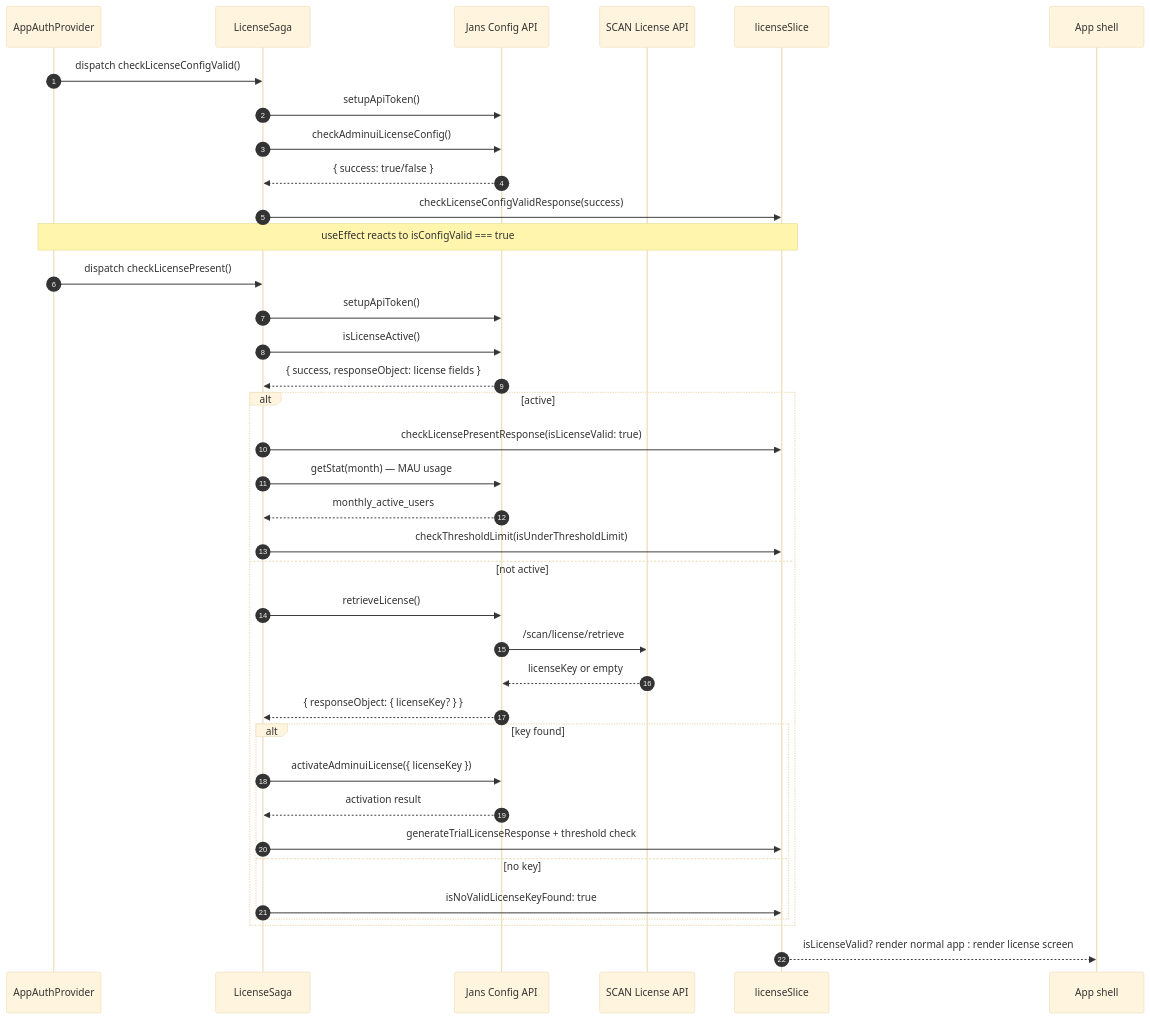
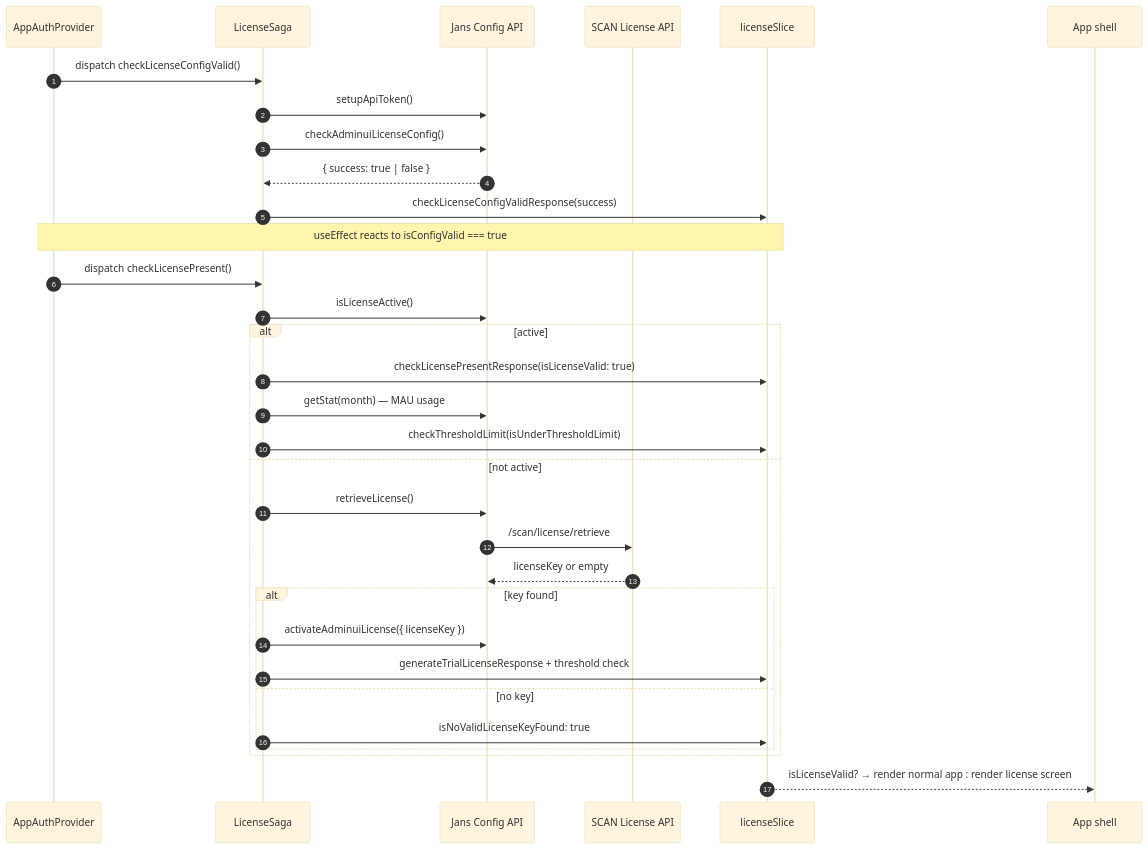
The third of 3 diagrams in admin-ui/docs/auth.md (GluuFederation/flex), drawn with Mermaid (base theme) before and after one commit. The commit also changed other lines of this file and 10 other files, not shown here.

````diff
--- a/admin-ui/docs/auth.md
+++ b/admin-ui/docs/auth.md
@@ -129,44 +121,38 @@
 ```mermaid
 sequenceDiagram
     autonumber
     participant Provider as AppAuthProvider
     participant Saga as LicenseSaga
     participant API as Jans Config API
     participant SCAN as SCAN License API
     participant Slice as licenseSlice
     participant UI as App shell
 
     Provider->>Saga: dispatch checkLicenseConfigValid()
     Saga->>API: setupApiToken()
     Saga->>API: checkAdminuiLicenseConfig()
-    API-->>Saga: { success: true/false }
+    API-->>Saga: { success: true | false }
     Saga->>Slice: checkLicenseConfigValidResponse(success)
 
     Note over Provider,Slice: useEffect reacts to isConfigValid === true
 
     Provider->>Saga: dispatch checkLicensePresent()
-    Saga->>API: setupApiToken()
     Saga->>API: isLicenseActive()
-    API-->>Saga: { success, responseObject: license fields }
-
     alt active
         Saga->>Slice: checkLicensePresentResponse(isLicenseValid: true)
         Saga->>API: getStat(month) — MAU usage
-        API-->>Saga: monthly_active_users
         Saga->>Slice: checkThresholdLimit(isUnderThresholdLimit)
     else not active
         Saga->>API: retrieveLicense()
         API->>SCAN: /scan/license/retrieve
         SCAN-->>API: licenseKey or empty
-        API-->>Saga: { responseObject: { licenseKey? } }
         alt key found
             Saga->>API: activateAdminuiLicense({ licenseKey })
-            API-->>Saga: activation result
             Saga->>Slice: generateTrialLicenseResponse + threshold check
         else no key
             Saga->>Slice: isNoValidLicenseKeyFound: true
         end
     end
 
-    Slice-->>UI: isLicenseValid? render normal app : render license screen
+    Slice-->>UI: isLicenseValid? → render normal app : render license screen
 ```
````
